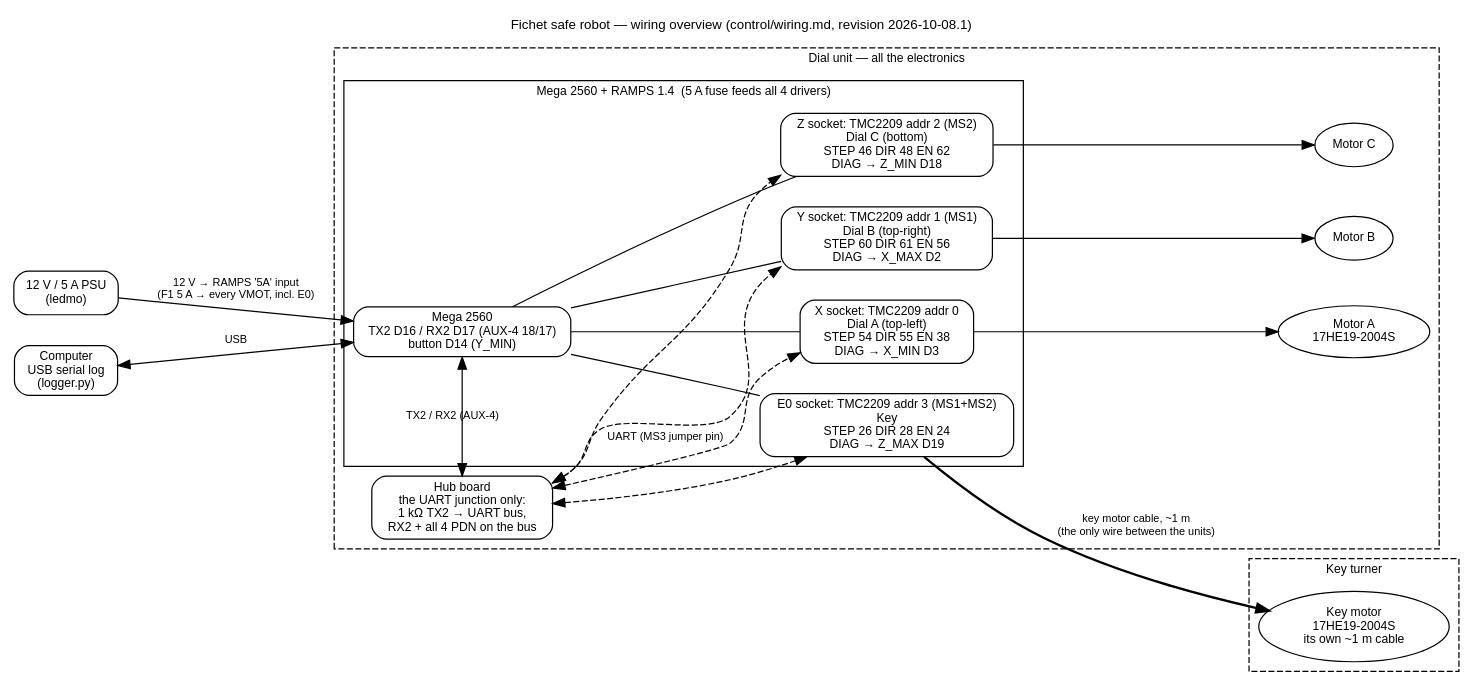
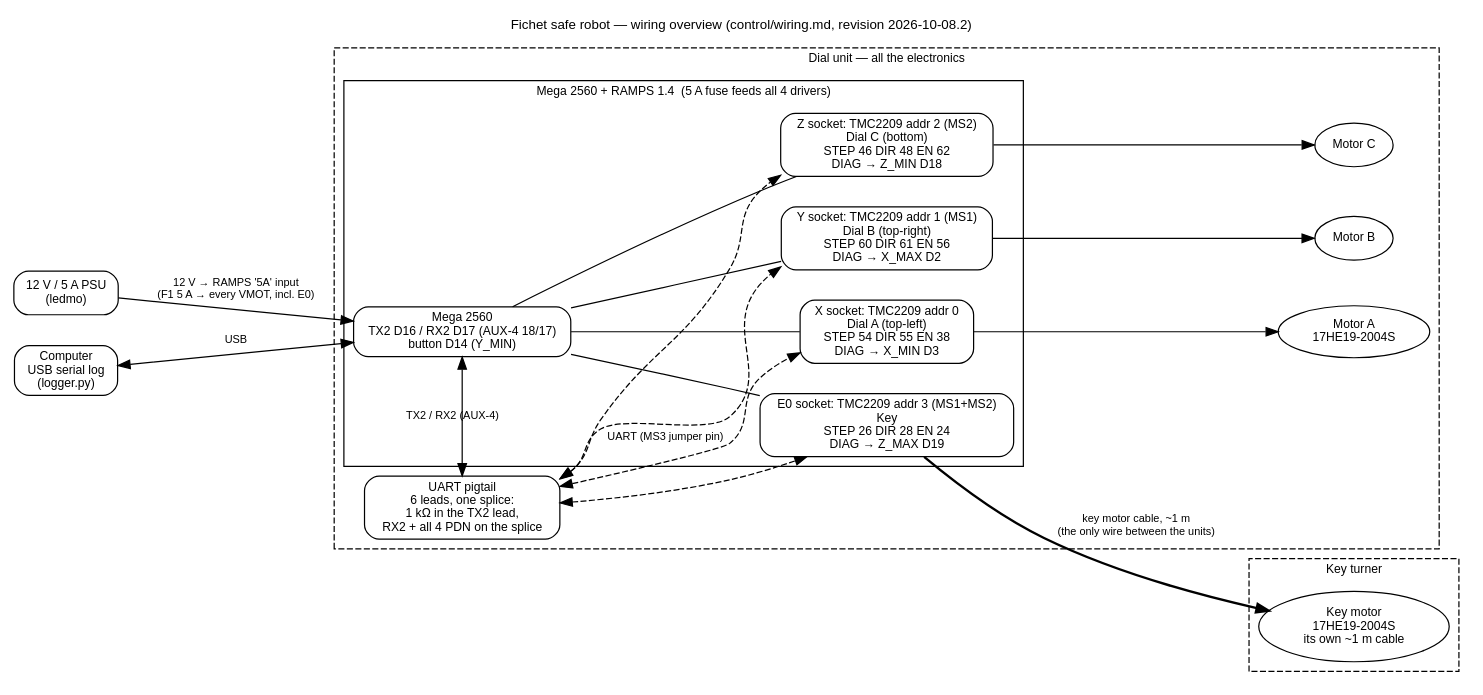
The diagram in control/harness/overview.dot (paulforrester/fichet-safe-robot), drawn with Graphviz before and after one commit. The commit also changed 29 other files, not shown here.

First line of the commit message:
Revision 2026-10-08.2: UART pigtail replaces the hub board

```diff
--- a/control/harness/overview.dot
+++ b/control/harness/overview.dot
@@ -1,43 +1,43 @@
 // System overview for the Fichet safe robot wiring — see control/wiring.md.
 // Render: dot -Tsvg control/harness/overview.dot -o control/harness/overview.svg
-// Project revision 2026-10-08.1: all four drivers on the RAMPS (key in E0).
+// Project revision 2026-10-08.2: all four drivers on the RAMPS (key in E0); UART pigtail replaces the hub board.
 digraph overview {
-  graph [rankdir=LR, fontname="Helvetica", fontsize=11, nodesep=0.35, ranksep=0.7, label="Fichet safe robot — wiring overview (control/wiring.md, revision 2026-10-08.1)", labelloc=t];
+  graph [rankdir=LR, fontname="Helvetica", fontsize=11, nodesep=0.35, ranksep=0.7, label="Fichet safe robot — wiring overview (control/wiring.md, revision 2026-10-08.2)", labelloc=t];
   node  [shape=box, style="rounded", fontname="Helvetica", fontsize=10];
   edge  [fontname="Helvetica", fontsize=9];
 
   psu  [label="12 V / 5 A PSU\n(ledmo)"];
   usb  [label="Computer\nUSB serial log\n(logger.py)"];
 
   subgraph cluster_dial {
     label="Dial unit — all the electronics"; style=dashed; fontsize=10;
-    hub  [label="Hub board\nthe UART junction only:\n1 kΩ TX2 → UART bus,\nRX2 + all 4 PDN on the bus"];
+    uart [label="UART pigtail\n6 leads, one splice:\n1 kΩ in the TX2 lead,\nRX2 + all 4 PDN on the splice"];
     subgraph cluster_ramps {
       label="Mega 2560 + RAMPS 1.4  (5 A fuse feeds all 4 drivers)"; style=solid; fontsize=10;
       mega [label="Mega 2560\nTX2 D16 / RX2 D17 (AUX-4 18/17)\nbutton D14 (Y_MIN)"];
       x    [label="X socket: TMC2209 addr 0\nDial A (top-left)\nSTEP 54 DIR 55 EN 38\nDIAG → X_MIN D3"];
       y    [label="Y socket: TMC2209 addr 1 (MS1)\nDial B (top-right)\nSTEP 60 DIR 61 EN 56\nDIAG → X_MAX D2"];
       z    [label="Z socket: TMC2209 addr 2 (MS2)\nDial C (bottom)\nSTEP 46 DIR 48 EN 62\nDIAG → Z_MIN D18"];
       e0   [label="E0 socket: TMC2209 addr 3 (MS1+MS2)\nKey\nSTEP 26 DIR 28 EN 24\nDIAG → Z_MAX D19"];
     }
     ma [label="Motor A\n17HE19-2004S", shape=ellipse];
     mb [label="Motor B", shape=ellipse];
     mc [label="Motor C", shape=ellipse];
   }
 
   subgraph cluster_key {
     label="Key turner"; style=dashed; fontsize=10;
     mk  [label="Key motor\n17HE19-2004S\nits own ~1 m cable", shape=ellipse];
   }
 
   psu -> mega [label="12 V → RAMPS '5A' input\n(F1 5 A → every VMOT, incl. E0)"];
   usb -> mega [dir=both, label="USB"];
   mega -> x [arrowhead=none]; mega -> y [arrowhead=none]; mega -> z [arrowhead=none]; mega -> e0 [arrowhead=none];
   x -> ma; y -> mb; z -> mc;
   e0 -> mk [penwidth=2, label="key motor cable, ~1 m\n(the only wire between the units)"];
-  hub -> x [dir=both, style=dashed, label="UART (MS3 jumper pin)"];
-  hub -> y [dir=both, style=dashed];
-  hub -> z [dir=both, style=dashed];
-  hub -> e0 [dir=both, style=dashed];
-  mega -> hub [dir=both, label="TX2 / RX2 (AUX-4)"];
+  uart -> x [dir=both, style=dashed, label="UART (MS3 jumper pin)"];
+  uart -> y [dir=both, style=dashed];
+  uart -> z [dir=both, style=dashed];
+  uart -> e0 [dir=both, style=dashed];
+  mega -> uart [dir=both, label="TX2 / RX2 (AUX-4)"];
 }
```
